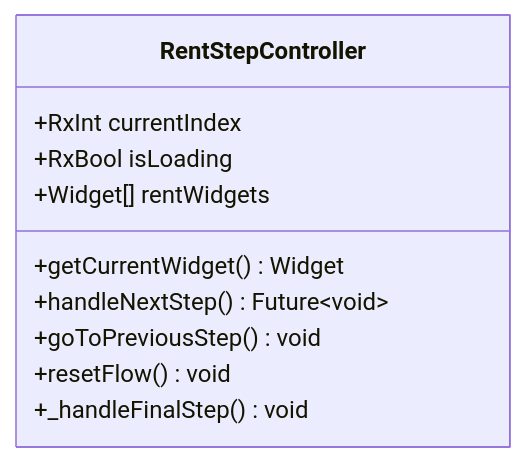
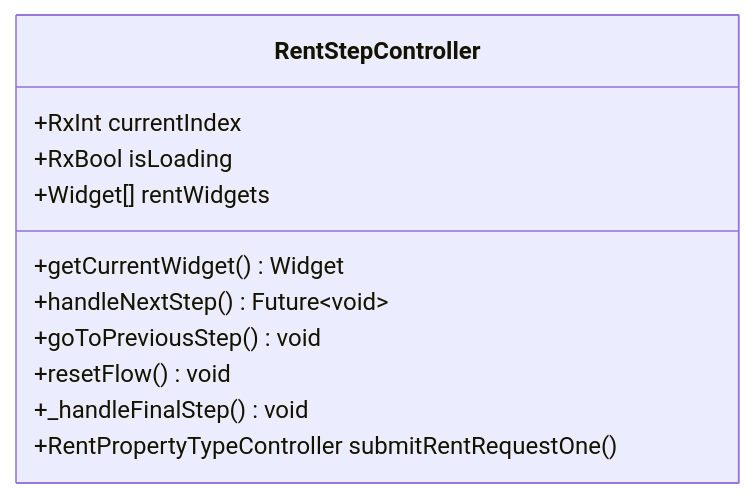
Before and after one commit to Ariful3111/FurniGo: the third of 7 diagrams in .qoder/repowiki/en/content/Core Features/Business Services/Rent Furniture System.md, drawn with Mermaid. The commit also changed other lines of this file and 2 other files, not shown here.

Commit message:
Some Rent Request Completed

````diff
--- a/.qoder/repowiki/en/content/Core Features/Business Services/Rent Furniture System.md
+++ b/.qoder/repowiki/en/content/Core Features/Business Services/Rent Furniture System.md
@@ -177,13 +191,14 @@
 ```mermaid
 classDiagram
 class RentStepController {
 +RxInt currentIndex
 +RxBool isLoading
 +Widget[] rentWidgets
 +getCurrentWidget() Widget
 +handleNextStep() Future~void~
 +goToPreviousStep() void
 +resetFlow() void
 +_handleFinalStep() void
++RentPropertyTypeController submitRentRequestOne()
 }
 ```
````
